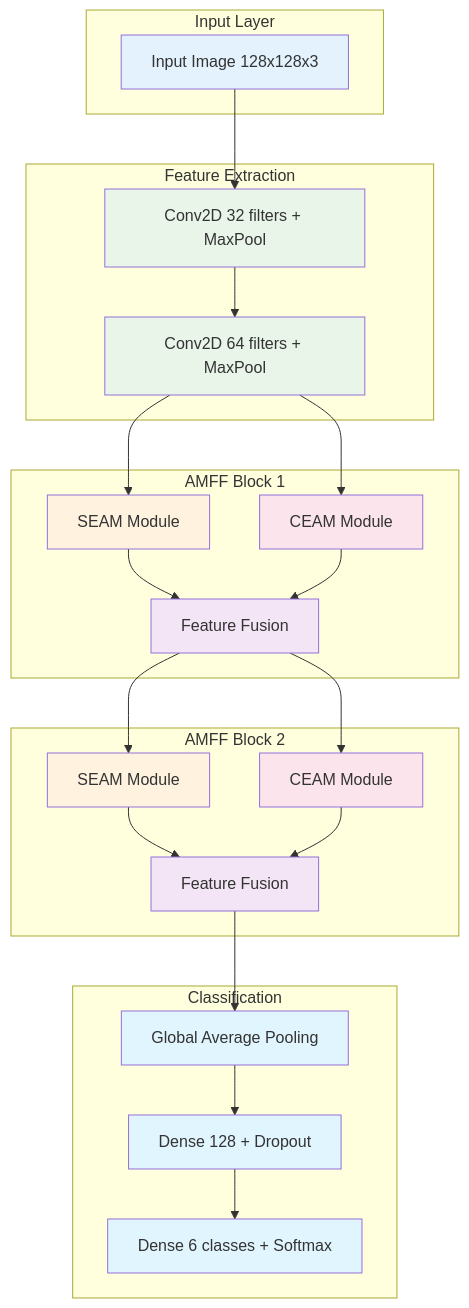
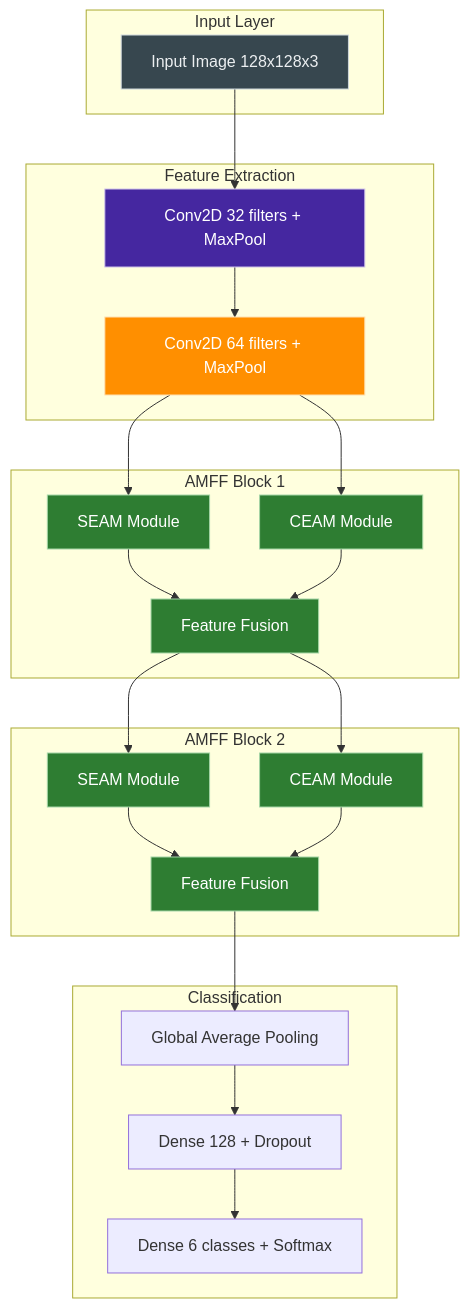
The second of 3 diagrams in README.md (RiteshKumar2e/Steel_Surface_Defect), drawn with Mermaid before and after one commit. The commit also changed other lines of this file, not shown here.

````diff
--- a/README.md
+++ b/README.md
@@ -111,56 +111,53 @@
 ```mermaid
 flowchart TB
     subgraph "Input Layer"
         A[Input Image 128x128x3]
     end
     
     subgraph "Feature Extraction"
         B[Conv2D 32 filters + MaxPool]
         C[Conv2D 64 filters + MaxPool]
     end
     
     subgraph "AMFF Block 1"
         D[SEAM Module]
         E[CEAM Module]
         F[Feature Fusion]
     end
     
     subgraph "AMFF Block 2"
         G[SEAM Module]
         H[CEAM Module]
         I[Feature Fusion]
     end
     
     subgraph "Classification"
         J[Global Average Pooling]
         K[Dense 128 + Dropout]
         L[Dense 6 classes + Softmax]
     end
     
     A --> B
     B --> C
     C --> D
     C --> E
     D --> F
     E --> F
     F --> G
     F --> H
     G --> I
     H --> I
     I --> J
     J --> K
     K --> L
     
-    style A fill:#e3f2fd
-    style B fill:#e8f5e8
-    style C fill:#e8f5e8
-    style D fill:#fff3e0
-    style E fill:#fce4ec
-    style F fill:#f3e5f5
-    style G fill:#fff3e0
-    style H fill:#fce4ec
-    style I fill:#f3e5f5
-    style J fill:#e1f5fe
-    style K fill:#e1f5fe
-    style L fill:#e1f5fe
+style A fill:#37474f,stroke:#cfd8dc,color:#eceff1
+style B fill:#4527a0,stroke:#d1c4e9,color:#ffffff
+style C fill:#ff8f00,stroke:#ffe0b2,color:#ffffff
+style D fill:#2e7d32,stroke:#a5d6a7,color:#ffffff
+style E fill:#2e7d32,stroke:#a5d6a7,color:#ffffff
+style F fill:#2e7d32,stroke:#a5d6a7,color:#ffffff
+style G fill:#2e7d32,stroke:#a5d6a7,color:#ffffff
+style H fill:#2e7d32,stroke:#a5d6a7,color:#ffffff
+style I fill:#2e7d32,stroke:#a5d6a7,color:#ffffff
 ```
````
